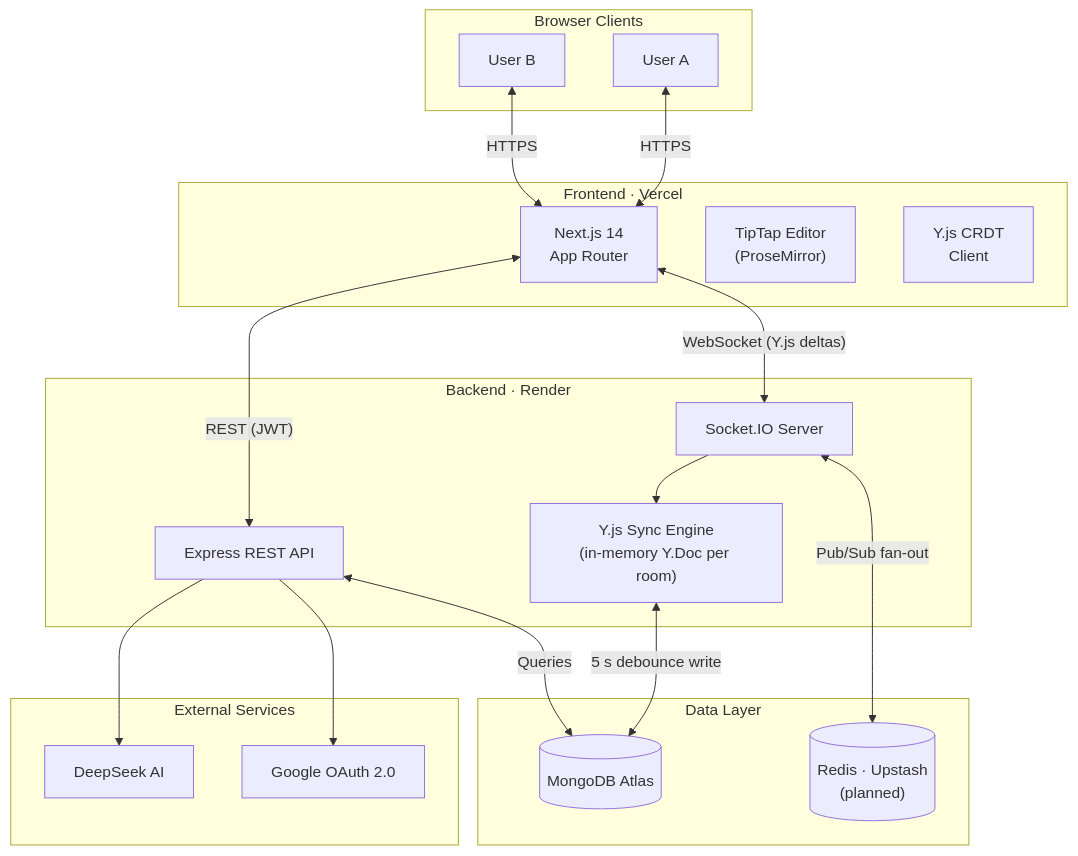
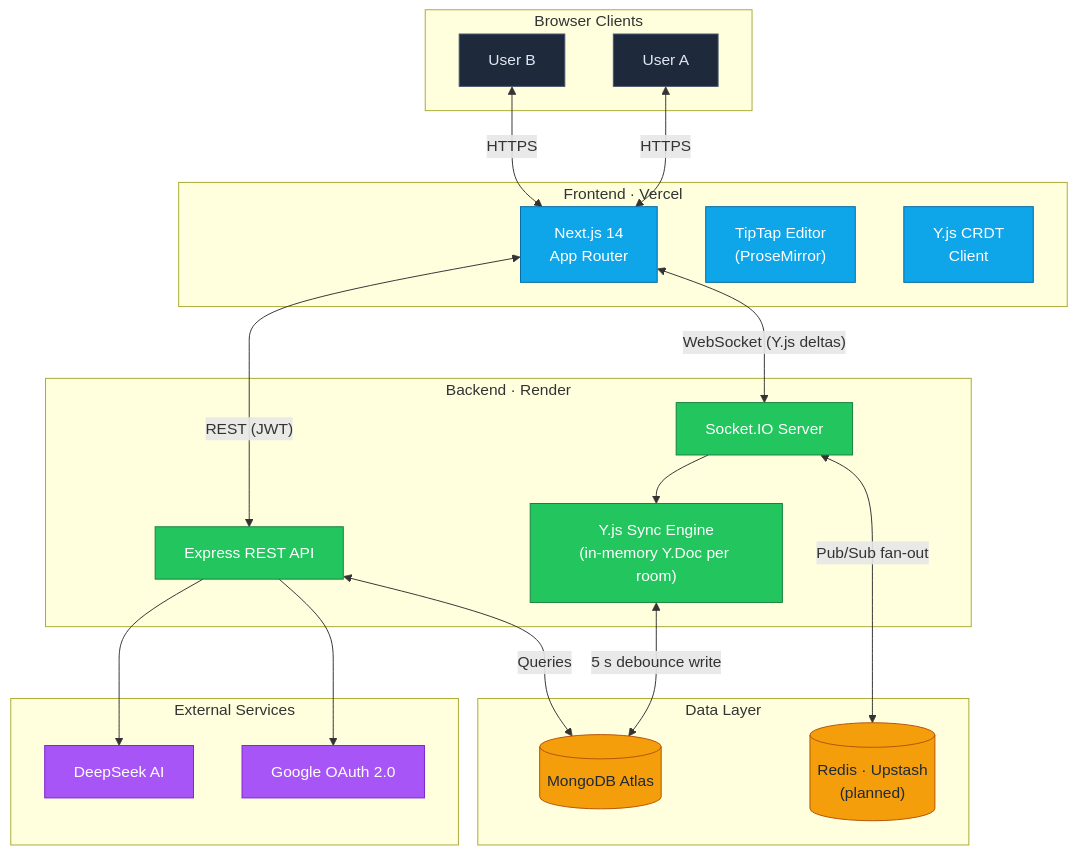
Before and after one commit to imsumit28/CollabDocs: the diagram in README.md, drawn with Mermaid. The commit also changed other lines of this file, not shown here.

````diff
--- a/README.md
+++ b/README.md
@@ -71,40 +71,52 @@
 ```mermaid
 graph TB
     subgraph Clients["Browser Clients"]
         B1["User A"]
         B2["User B"]
     end
 
     subgraph Frontend["Frontend · Vercel"]
         NX["Next.js 14\nApp Router"]
         TE["TipTap Editor\n(ProseMirror)"]
         YC["Y.js CRDT\nClient"]
     end
 
     subgraph Backend["Backend · Render"]
         EX["Express REST API"]
         SO["Socket.IO Server"]
         YS["Y.js Sync Engine\n(in-memory Y.Doc per room)"]
     end
 
     subgraph DataLayer["Data Layer"]
         MG[("MongoDB Atlas")]
         RD[("Redis · Upstash\n(planned)")]
     end
 
     subgraph External["External Services"]
         GR["DeepSeek AI"]
         GO["Google OAuth 2.0"]
     end
 
     B1 <-->|HTTPS| NX
     B2 <-->|HTTPS| NX
     NX <-->|"REST (JWT)"| EX
     NX <-->|"WebSocket (Y.js deltas)"| SO
     SO --> YS
     YS <-->|"5 s debounce write"| MG
     EX <-->|Queries| MG
     SO <-->|Pub/Sub fan-out| RD
     EX --> GR
     EX --> GO
+
+    classDef client fill:#1e293b,stroke:#475569,color:#e2e8f0;
+    classDef frontend fill:#0ea5e9,stroke:#0369a1,color:#ffffff;
+    classDef backend fill:#22c55e,stroke:#15803d,color:#ffffff;
+    classDef data fill:#f59e0b,stroke:#b45309,color:#1f2937;
+    classDef external fill:#a855f7,stroke:#7e22ce,color:#ffffff;
+
+    class B1,B2 client;
+    class NX,TE,YC frontend;
+    class EX,SO,YS backend;
+    class MG,RD data;
+    class GR,GO external;
 ```
````
